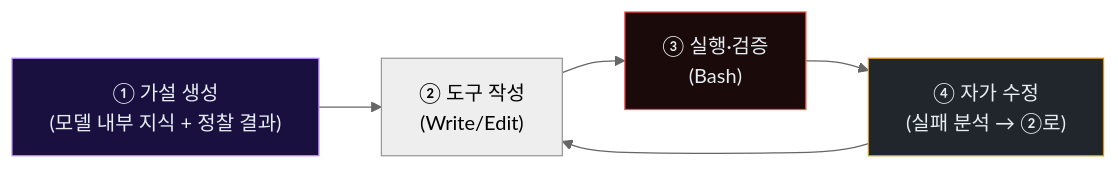
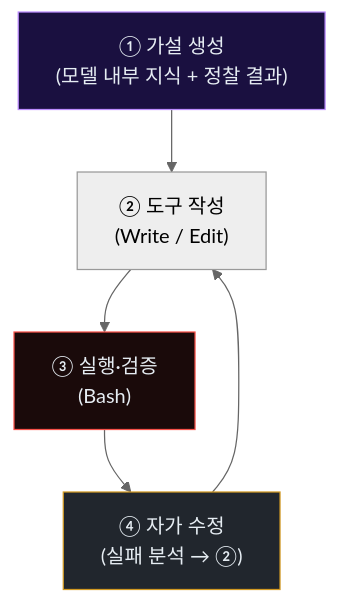
Before and after one commit to mrgrit/ccc: the first of 2 diagrams in contents/education/course19-agent-incident-response/week04/lecture.md, drawn with Mermaid (neutral theme). The commit also changed other lines of this file and 5 other files, not shown here.

First line of the commit message:
docs(course19): w9 상세화 + 기존 LR 다이어그램을 TB로 전환

````diff
--- a/contents/education/course19-agent-incident-response/week04/lecture.md
+++ b/contents/education/course19-agent-incident-response/week04/lecture.md
@@ -121,11 +121,11 @@
 ```mermaid
-flowchart LR
+flowchart TB
     R["① 가설 생성<br/>(모델 내부 지식 + 정찰 결과)"]
-    W["② 도구 작성<br/>(Write/Edit)"]
+    W["② 도구 작성<br/>(Write / Edit)"]
     E["③ 실행·검증<br/>(Bash)"]
-    A["④ 자가 수정<br/>(실패 분석 → ②로)"]
+    A["④ 자가 수정<br/>(실패 분석 → ②)"]
     R --> W --> E --> A --> W
     style R fill:#1a1040,stroke:#bc8cff,color:#e6edf3
     style E fill:#1a0a0a,stroke:#f85149,color:#e6edf3
     style A fill:#21262d,stroke:#d29922,color:#e6edf3
 ```
````
